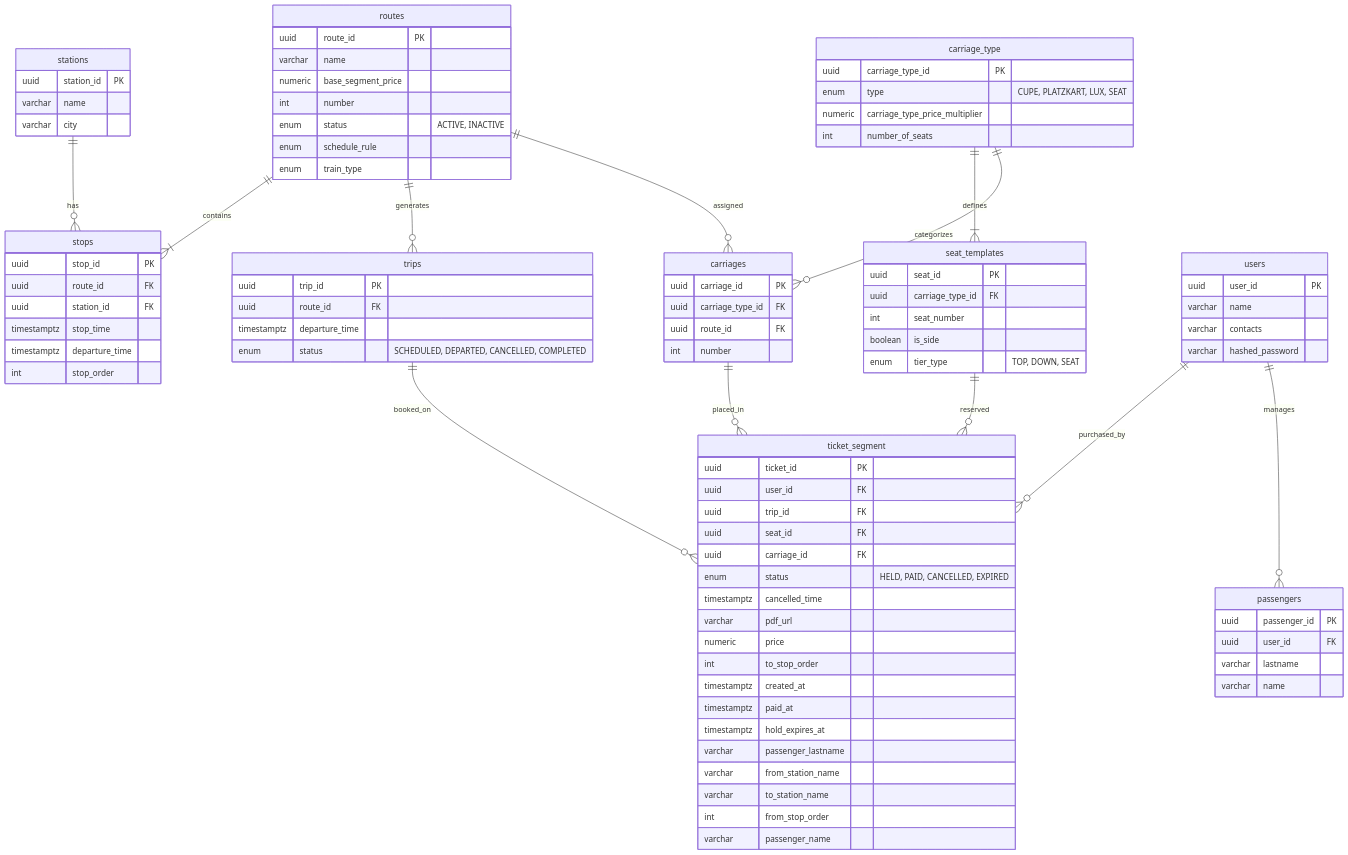
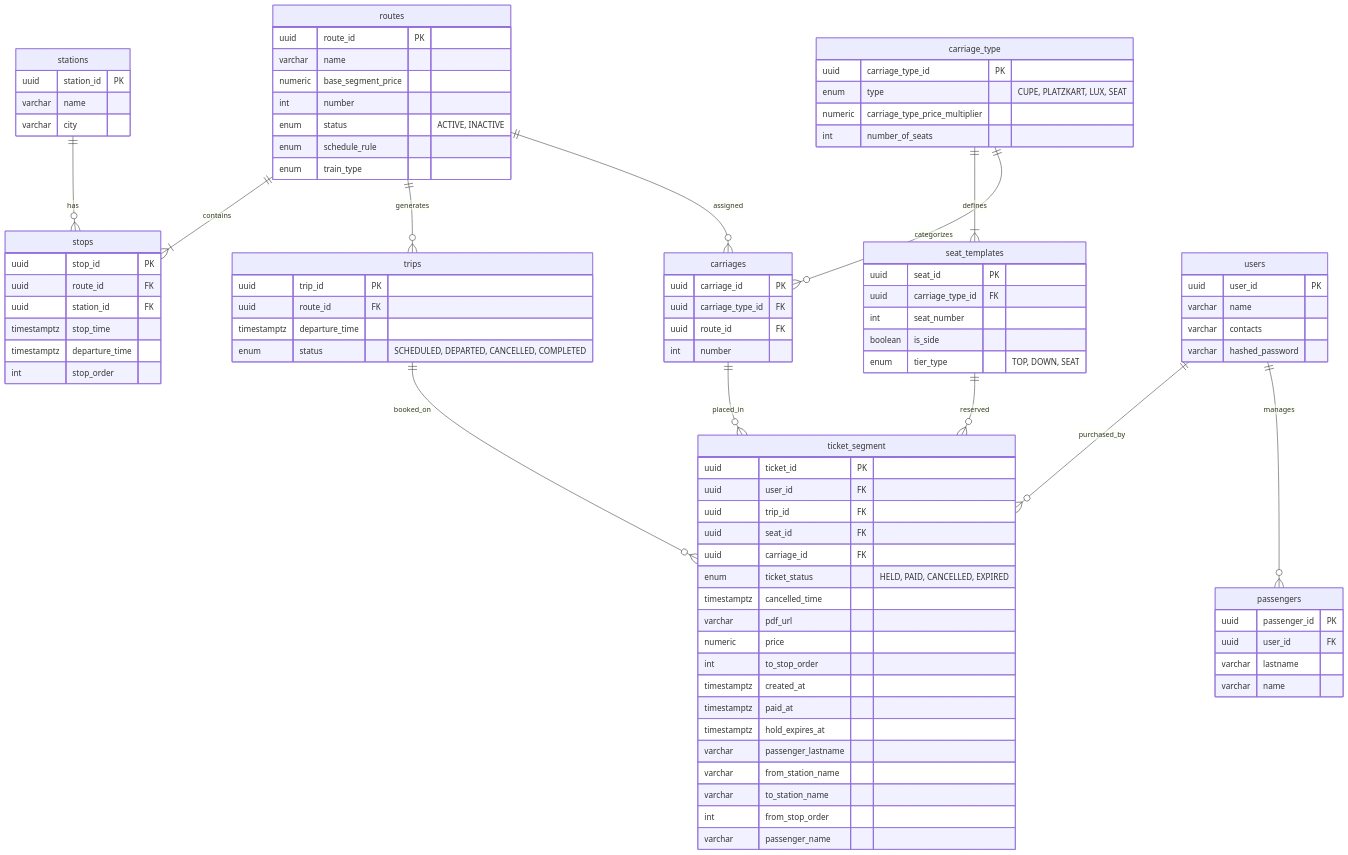
Before and after one commit to gun-flud/EasyRail-API: the diagram in docs/model.mmd, drawn with Mermaid. The commit also changed 1 other file, not shown here.

Commit message:
fix(lab01): fixed status to ticket_status in model.mmd

```diff
--- a/docs/model.mmd
+++ b/docs/model.mmd
@@ -1,101 +1,101 @@
 erDiagram
     stations ||--o{ stops : "has"
     routes ||--|{ stops : "contains"
     routes ||--o{ trips : "generates"
     routes ||--o{ carriages : "assigned"
     carriage_type ||--|{ seat_templates : "defines"
     carriage_type ||--o{ carriages : "categorizes"
     seat_templates ||--o{ ticket_segment : "reserved"
     carriages ||--o{ ticket_segment : "placed_in"
     trips ||--o{ ticket_segment : "booked_on"
     users ||--o{ ticket_segment : "purchased_by"
     users ||--o{ passengers : "manages"
 
     stations {
         uuid station_id PK
         varchar name
         varchar city
     }
 
     stops {
         uuid stop_id PK
         uuid route_id FK
         uuid station_id FK
         timestamptz stop_time
         timestamptz departure_time
         int stop_order
     }
 
     routes {
         uuid route_id PK
         varchar name
         numeric base_segment_price
         int number
         enum status "ACTIVE, INACTIVE"
         enum schedule_rule
         enum train_type
     }
 
     carriage_type {
         uuid carriage_type_id PK
         enum type "CUPE, PLATZKART, LUX, SEAT"
         numeric carriage_type_price_multiplier
         int number_of_seats
     }
 
     seat_templates {
         uuid seat_id PK
         uuid carriage_type_id FK
         int seat_number
         boolean is_side
         enum tier_type "TOP, DOWN, SEAT"
     }
 
     carriages {
         uuid carriage_id PK
         uuid carriage_type_id FK
         uuid route_id FK
         int number
     }
 
     trips {
         uuid trip_id PK
         uuid route_id FK
         timestamptz departure_time
         enum status "SCHEDULED, DEPARTED, CANCELLED, COMPLETED"
     }
 
     ticket_segment {
         uuid ticket_id PK
         uuid user_id FK
         uuid trip_id FK
         uuid seat_id FK
         uuid carriage_id FK
-        enum status "HELD, PAID, CANCELLED, EXPIRED"
+        enum ticket_status "HELD, PAID, CANCELLED, EXPIRED"
         timestamptz cancelled_time
         varchar pdf_url
         numeric price
         int to_stop_order
         timestamptz created_at
         timestamptz paid_at
         timestamptz hold_expires_at
         varchar passenger_lastname
         varchar from_station_name
         varchar to_station_name
         int from_stop_order
         varchar passenger_name
     }
 
     users {
         uuid user_id PK
         varchar name
         varchar contacts
         varchar hashed_password
     }
 
     passengers {
         uuid passenger_id PK
         uuid user_id FK
         varchar lastname
         varchar name
     }
```
